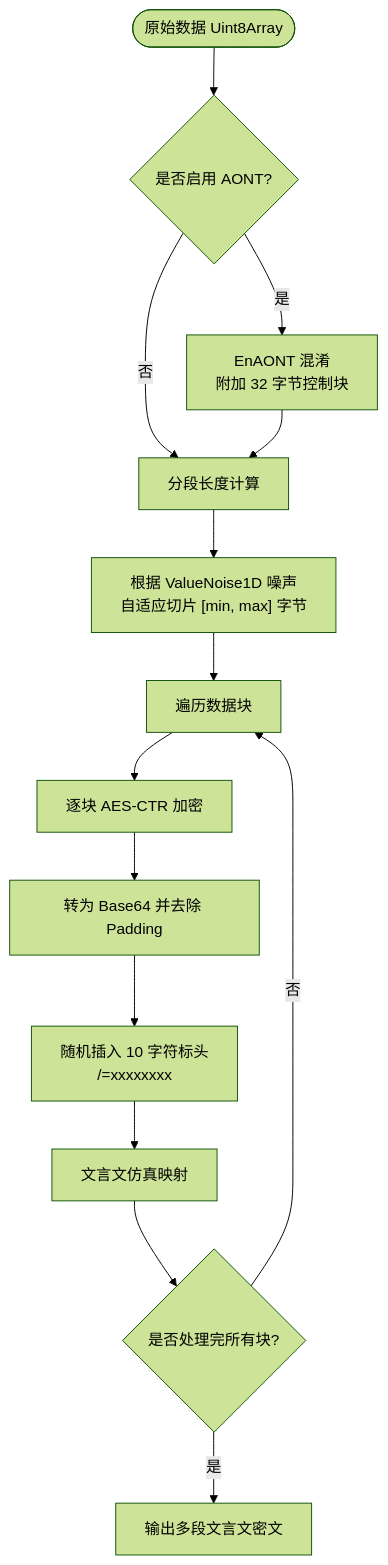
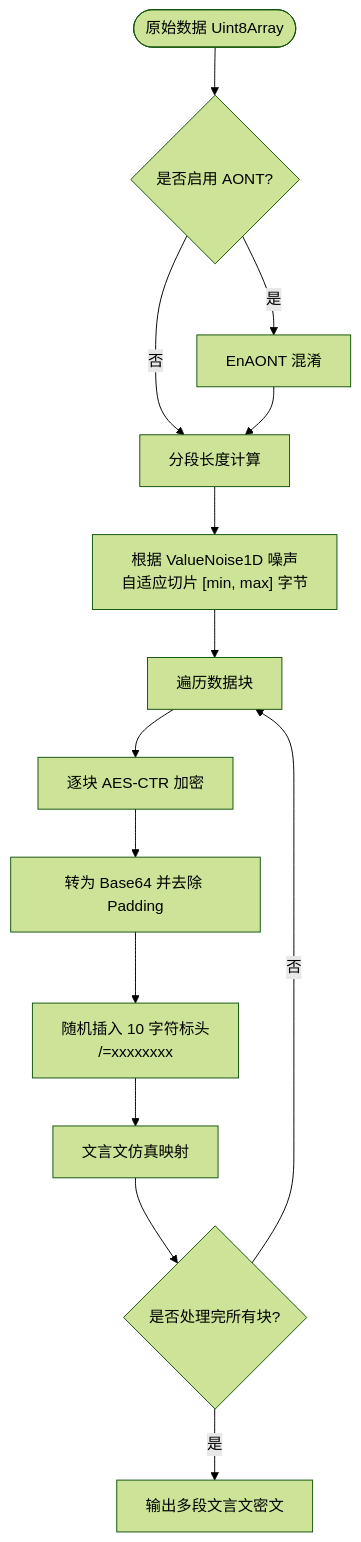
The first of 2 diagrams in docs/document/flexible.md (Mu-L/Abracadabra), drawn with Mermaid (forest theme) before and after one commit. The commit also changed other lines of this file and 4 other files, not shown here.

````diff
--- a/docs/document/flexible.md
+++ b/docs/document/flexible.md
@@ -74,19 +88,19 @@
 ```mermaid
 flowchart TD
     Start([原始数据 Uint8Array]) --> AONT_Check{是否启用 AONT?}
-    AONT_Check -- 是 --> EnAONT[EnAONT 混淆<br/>附加 32 字节控制块]
+    AONT_Check -- 是 --> EnAONT[EnAONT 混淆]
     AONT_Check -- 否 --> SegDist[分段长度计算]
     EnAONT --> SegDist
 
     SegDist --> SliceData["根据 ValueNoise1D 噪声<br/>自适应切片 [min, max] 字节"]
     SliceData --> LoopStart[遍历数据块]
 
     LoopStart --> EncryptChunk[逐块 AES-CTR 加密]
     EncryptChunk --> Base64Chunk[转为 Base64 并去除 Padding]
     Base64Chunk --> InsertHeader["随机插入 10 字符标头<br/>/=xxxxxxxx"]
     InsertHeader --> WenyanMap[文言文仿真映射]
 
     WenyanMap --> LoopNext{是否处理完所有块?}
     LoopNext -- 否 --> LoopStart
     LoopNext -- 是 --> Output[输出多段文言文密文]
 ```
````
